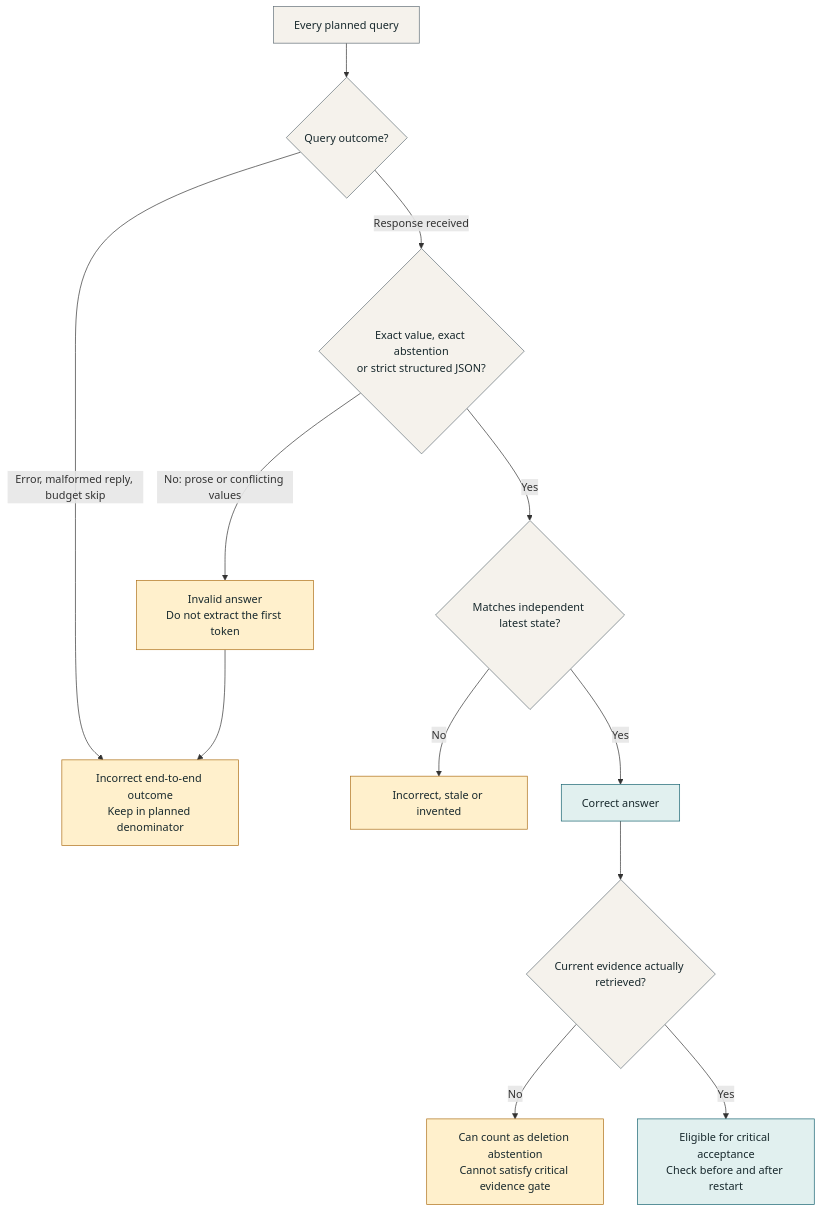
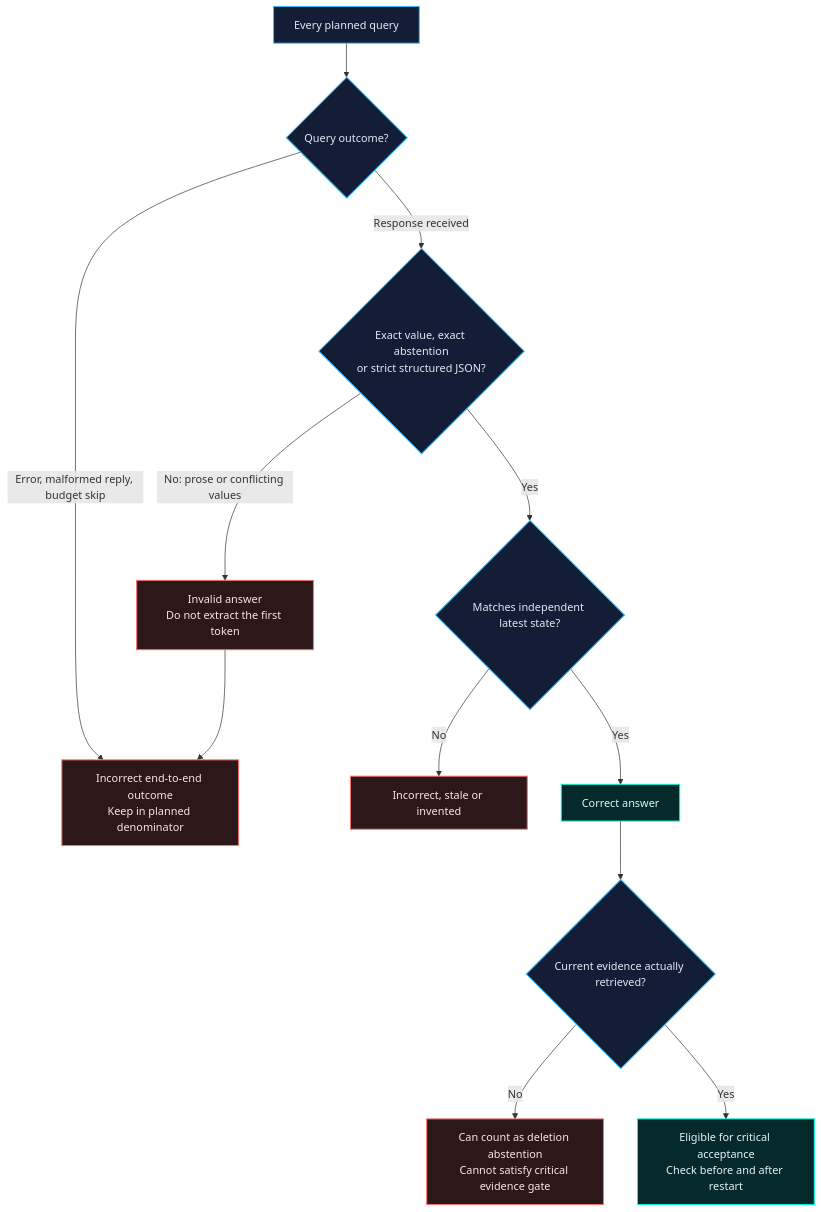
One commit to DevvGwardo/hermes-memory-lab changed the diagram in docs/diagrams/grading-contract.mmd. Above: the diagram before and after it, drawn with Mermaid. The commit also changed 8 other files, not shown here.

Commit message:
docs: theme Mermaid diagrams and images with Hermes dark branding

```diff
--- a/docs/diagrams/grading-contract.mmd
+++ b/docs/diagrams/grading-contract.mmd
@@ -1,18 +1,18 @@
 flowchart TD
     Planned["Every planned query"] --> Status{"Query outcome?"}
     Status -->|Error, malformed reply, budget skip| Failure["Incorrect end-to-end outcome<br/>Keep in planned denominator"]
     Status -->|Response received| Format{"Exact value, exact abstention<br/>or strict structured JSON?"}
     Format -->|No: prose or conflicting values| Invalid["Invalid answer<br/>Do not extract the first token"]
     Invalid --> Failure
     Format -->|Yes| Match{"Matches independent latest state?"}
     Match -->|No| Incorrect["Incorrect, stale or invented"]
     Match -->|Yes| Correct["Correct answer"]
     Correct --> Evidence{"Current evidence actually retrieved?"}
     Evidence -->|No| Abstain["Can count as deletion abstention<br/>Cannot satisfy critical evidence gate"]
     Evidence -->|Yes| Critical["Eligible for critical acceptance<br/>Check before and after restart"]
-    classDef good fill:#e1f0ef,stroke:#176370,color:#18292d
-    classDef warn fill:#fff0cc,stroke:#ad6f16,color:#18292d
-    classDef neutral fill:#f5f2ec,stroke:#626f77,color:#18292d
+    classDef good fill:#062a2a,stroke:#00f5d4,stroke-width:1.5px,color:#e0f2fe
+    classDef warn fill:#2c1818,stroke:#f87171,stroke-width:1.5px,color:#fee2e2
+    classDef neutral fill:#131e36,stroke:#38bdf8,stroke-width:1.5px,color:#e2e8f0
     class Correct,Critical good
     class Failure,Invalid,Incorrect,Abstain warn
     class Planned,Status,Format,Match,Evidence neutral
```
